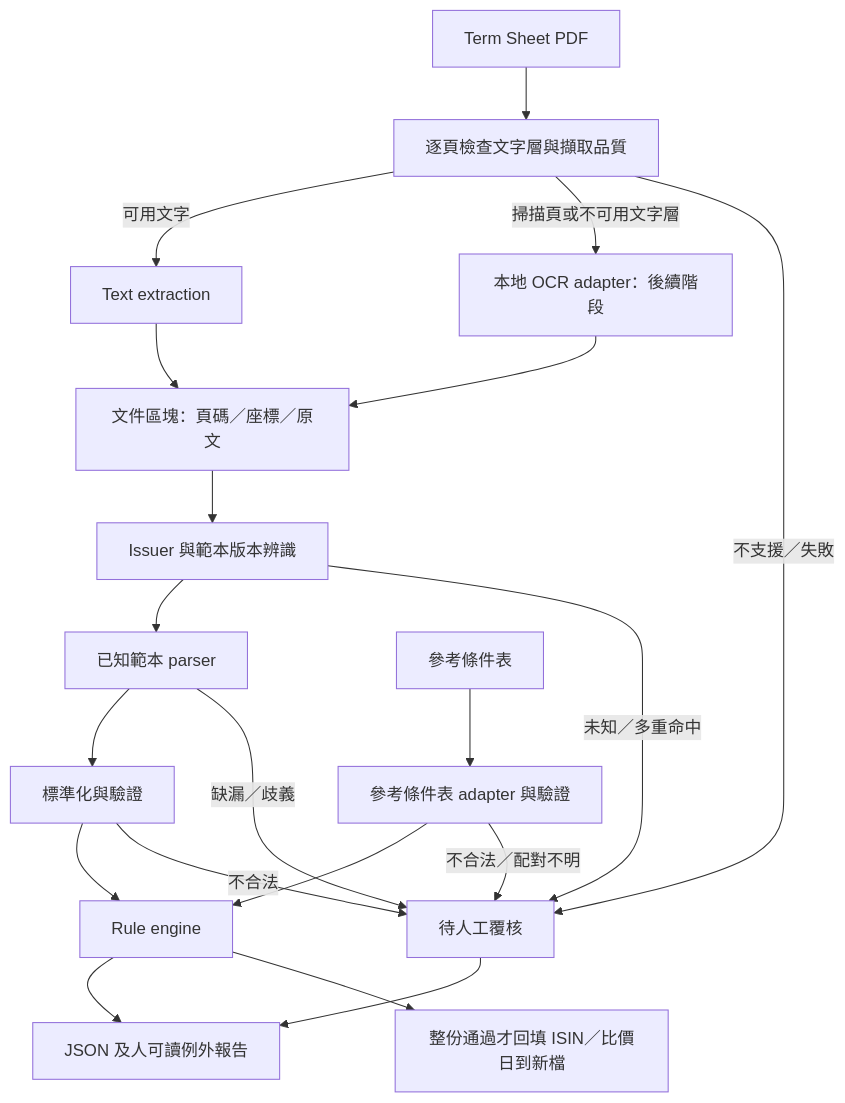
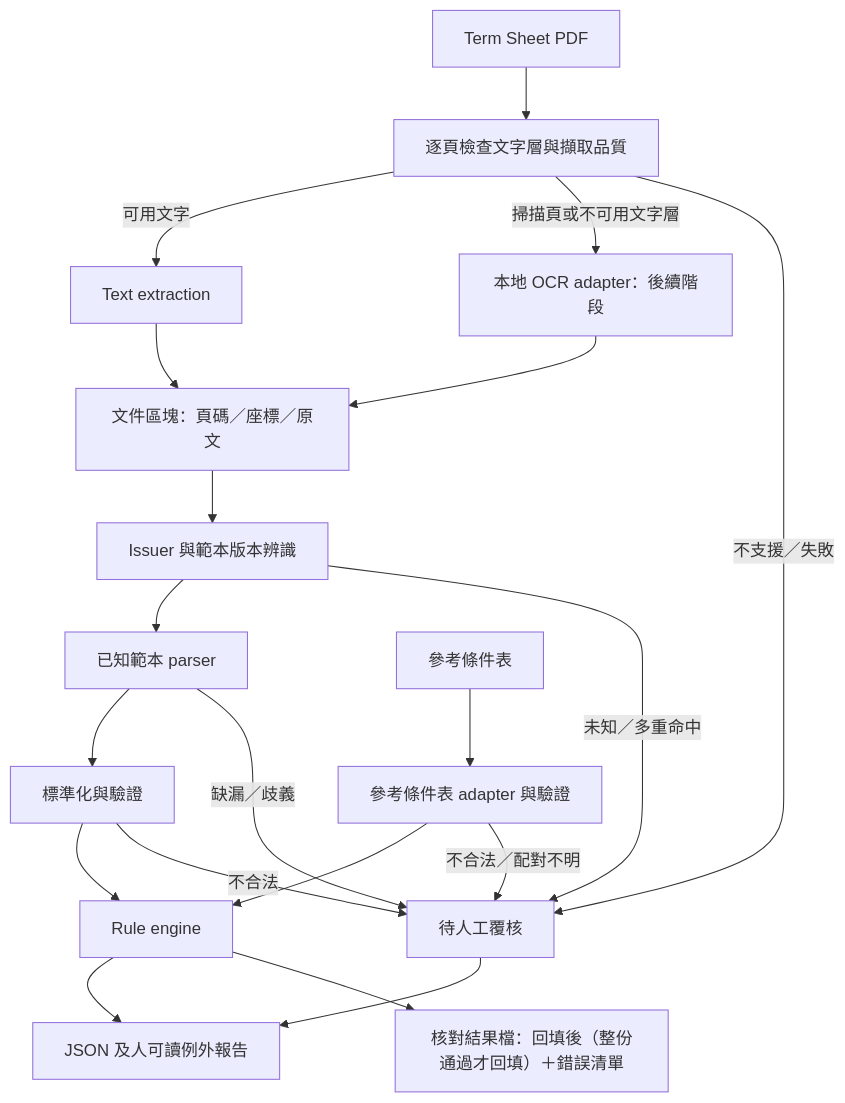
Before and after one commit to TaylorYam/fcn-term-sheet-checker: the diagram in docs/architecture.md, drawn with Mermaid. The commit also changed other lines of this file and 17 other files, not shown here.

First line of the commit message:
feat: 輸出改為單一核對結果檔（回填後＋錯誤清單）(#72)

````diff
--- a/docs/architecture.md
+++ b/docs/architecture.md
@@ -11,22 +11,22 @@
 ```mermaid
 flowchart TD
     A[Term Sheet PDF] --> B[逐頁檢查文字層與擷取品質]
     B -->|可用文字| C[Text extraction]
     B -->|掃描頁或不可用文字層| D[本地 OCR adapter：後續階段]
     C --> E[文件區塊：頁碼／座標／原文]
     D --> E
     E --> F[Issuer 與範本版本辨識]
     F --> G[已知範本 parser]
     G --> H[標準化與驗證]
     O[參考條件表] --> P[參考條件表 adapter 與驗證]
     H --> R[Rule engine]
     P --> R
     R --> S[JSON 及人可讀例外報告]
-    R --> W[整份通過才回填 ISIN／比價日到新檔]
+    R --> W[核對結果檔：回填後（整份通過才回填）＋錯誤清單]
     B -->|不支援／失敗| X[待人工覆核]
     F -->|未知／多重命中| X
     G -->|缺漏／歧義| X
     H -->|不合法| X
     P -->|不合法／配對不明| X
     X --> S
 ```
````
